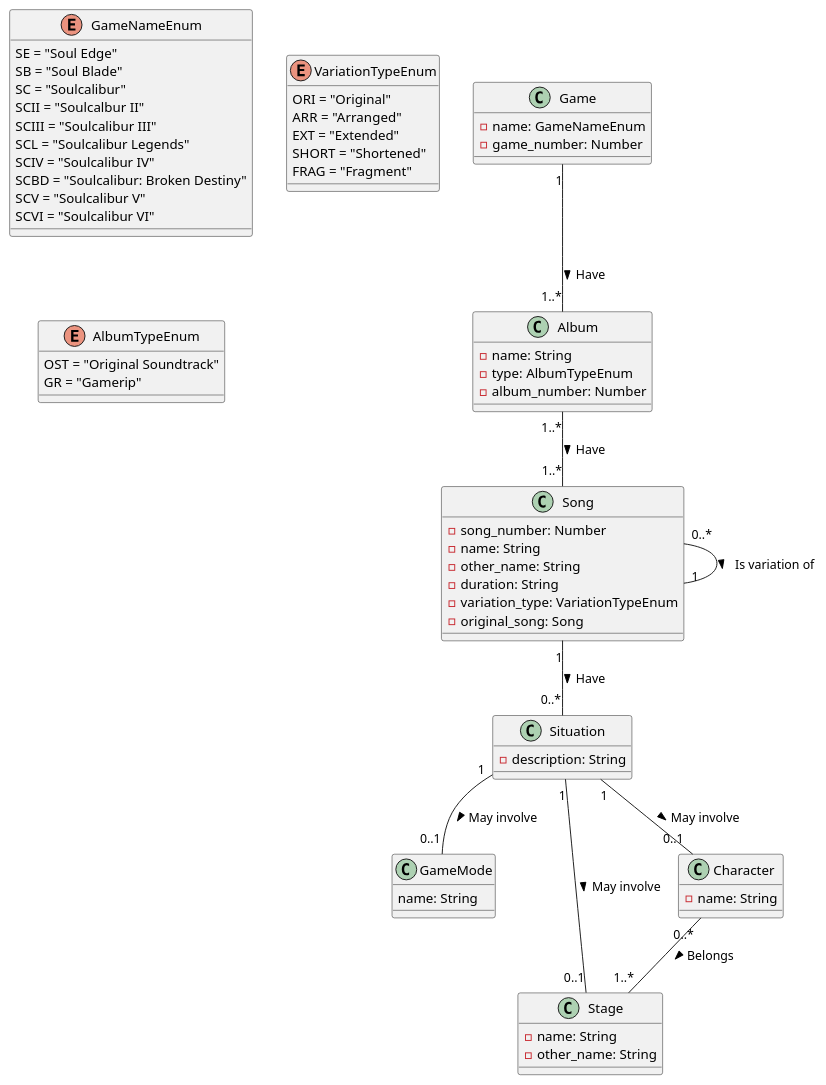
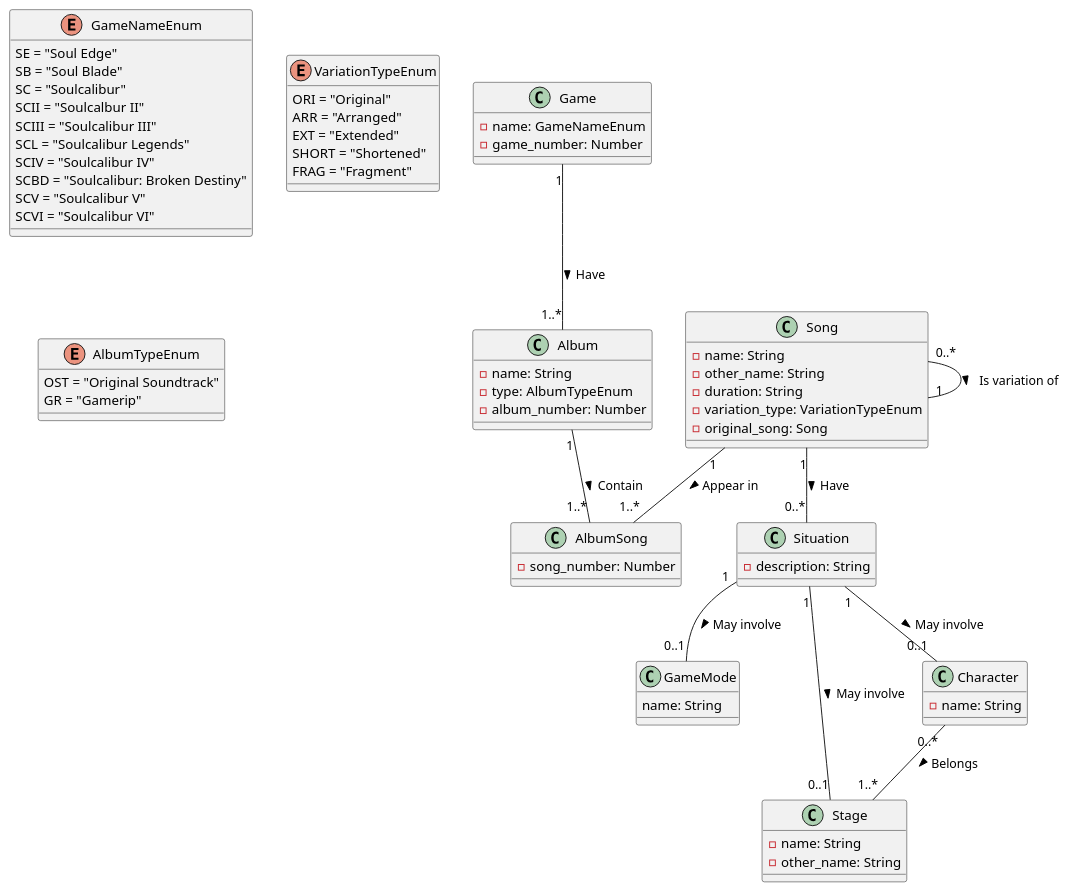
Before and after one commit to ianshalaga/TuPrimeraPagina-Ramirez: the diagram in sc_ost.plantuml, drawn with PlantUML. The commit also changed 13 other files, not shown here.

```diff
--- a/sc_ost.plantuml
+++ b/sc_ost.plantuml
@@ -1,81 +1,85 @@
 @startuml soulcalibur_music
 
 ' CLASSES
 
 class Game {
     - name: GameNameEnum
     - game_number: Number
 }
 
 class Album {
     - name: String
     - type: AlbumTypeEnum
     - album_number: Number
 }
 
+class AlbumSong {
+    - song_number: Number
+}
+
 class Song {
-    - song_number: Number
     - name: String
     - other_name: String
     - duration: String
     - variation_type: VariationTypeEnum
     - original_song: Song
 }
 
 class Situation {
     - description: String
 }
 
 class GameMode {
     name: String
 }
 
 class Stage {
     - name: String
     - other_name: String
 }
 
 class Character {
     - name: String
 }
 
 ' RELATIONSHIP
 
 Game "1" -- "1..*" Album : Have >
-Album "1..*" -- "1..*" Song : Have >
+Album "1" -- "1..*" AlbumSong : Contain >
+Song "1" -- "1..*" AlbumSong : Appear in >
 Song "0..*" -- "1" Song : Is variation of >
 Song "1" -- "0..*" Situation : Have >
 Situation "1" -- "0..1" Character : May involve >
 Situation "1" -- "0..1" Stage : May involve >
 Situation "1" -- "0..1" GameMode : May involve >
 Character "0..*" -- "1..*" Stage : Belongs >
 
 ' ENUMS
 
 enum GameNameEnum {
     SE = "Soul Edge"
     SB = "Soul Blade"
     SC = "Soulcalibur"
     SCII = "Soulcalbur II"
     SCIII = "Soulcalibur III"
     SCL = "Soulcalibur Legends"
     SCIV = "Soulcalibur IV"
     SCBD = "Soulcalibur: Broken Destiny"
     SCV = "Soulcalibur V"
     SCVI = "Soulcalibur VI"
 }
 
 enum VariationTypeEnum {
     ORI = "Original"
     ARR = "Arranged"
     EXT = "Extended"
     SHORT = "Shortened"
     FRAG = "Fragment"
 }
 
 enum AlbumTypeEnum {
     OST = "Original Soundtrack"
     GR = "Gamerip"
 }
 
 @enduml
```
